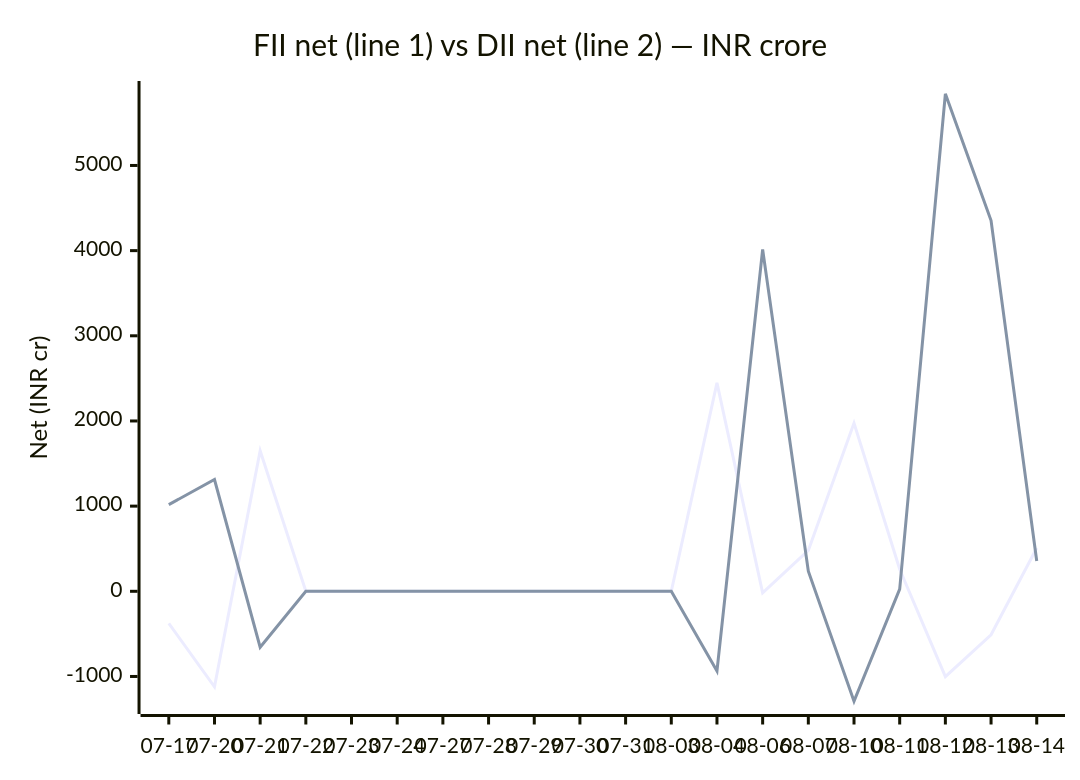
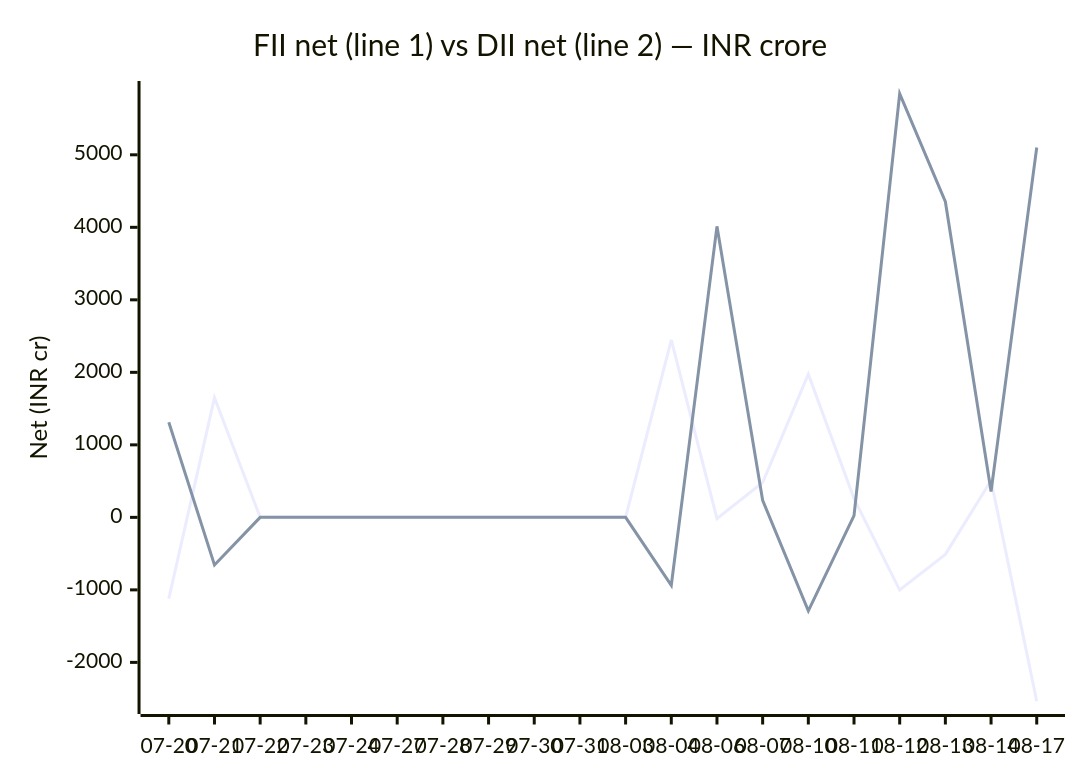
One commit to chirag127/fii-dii-activity-api changed the second of 2 diagrams in README.md. Above: the diagram before and after it, drawn with Mermaid. The commit also changed 2 other files, not shown here.

Commit message:
data: scrape 2026-08-18

````diff
--- a/README.md
+++ b/README.md
@@ -53,8 +53,8 @@
 ```mermaid
 xychart-beta
     title "FII net (line 1) vs DII net (line 2) — INR crore"
-    x-axis ["07-17", "07-20", "07-21", "07-22", "07-23", "07-24", "07-27", "07-28", "07-29", "07-30", "07-31", "08-03", "08-04", "08-06", "08-07", "08-10", "08-11", "08-12", "08-13", "08-14"]
-    y-axis "Net (INR cr)" -1291 --> 5842
-    line [-376.41, -1121.04, 1650.16, 0, 0, 0, 0, 0, 0, 0, 0, 0, 2446.47, -17.86, 480.24, 1974.76, 258.55, -1002.5, -510.69, 508.12]
-    line [1017.89, 1312.03, -656.88, 0, 0, 0, 0, 0, 0, 0, 0, 0, -936.14, 4013.6, 235.56, -1290.29, 24.77, 5841.66, 4353.09, 356.4]
+    x-axis ["07-20", "07-21", "07-22", "07-23", "07-24", "07-27", "07-28", "07-29", "07-30", "07-31", "08-03", "08-04", "08-06", "08-07", "08-10", "08-11", "08-12", "08-13", "08-14", "08-17"]
+    y-axis "Net (INR cr)" -2536 --> 5842
+    line [-1121.04, 1650.16, 0, 0, 0, 0, 0, 0, 0, 0, 0, 2446.47, -17.86, 480.24, 1974.76, 258.55, -1002.5, -510.69, 508.12, -2535.1]
+    line [1312.03, -656.88, 0, 0, 0, 0, 0, 0, 0, 0, 0, -936.14, 4013.6, 235.56, -1290.29, 24.77, 5841.66, 4353.09, 356.4, 5101.46]
 ```
````
